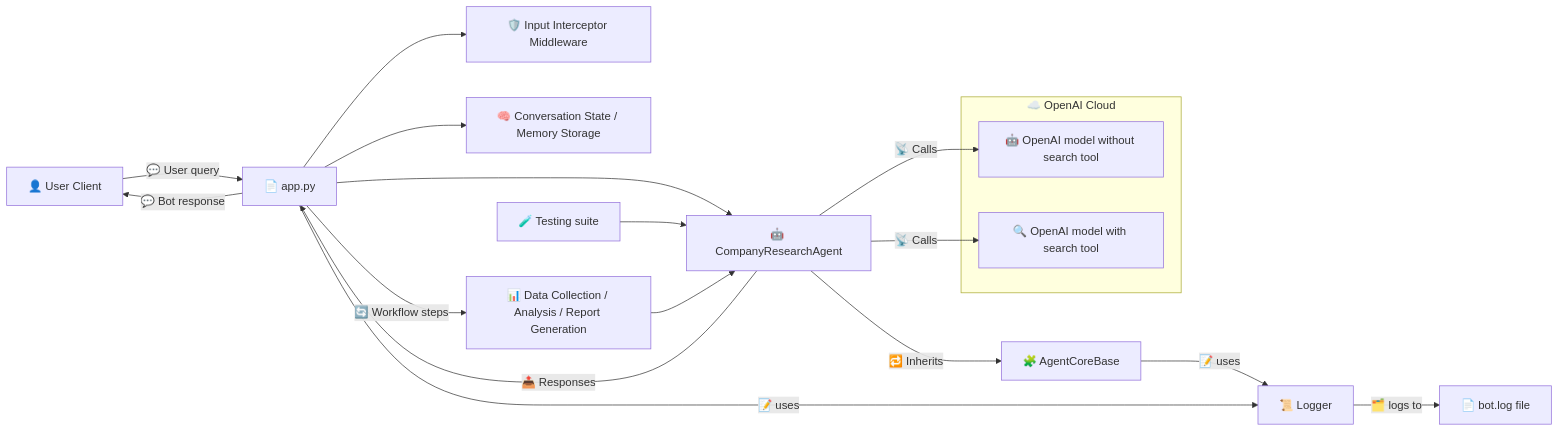
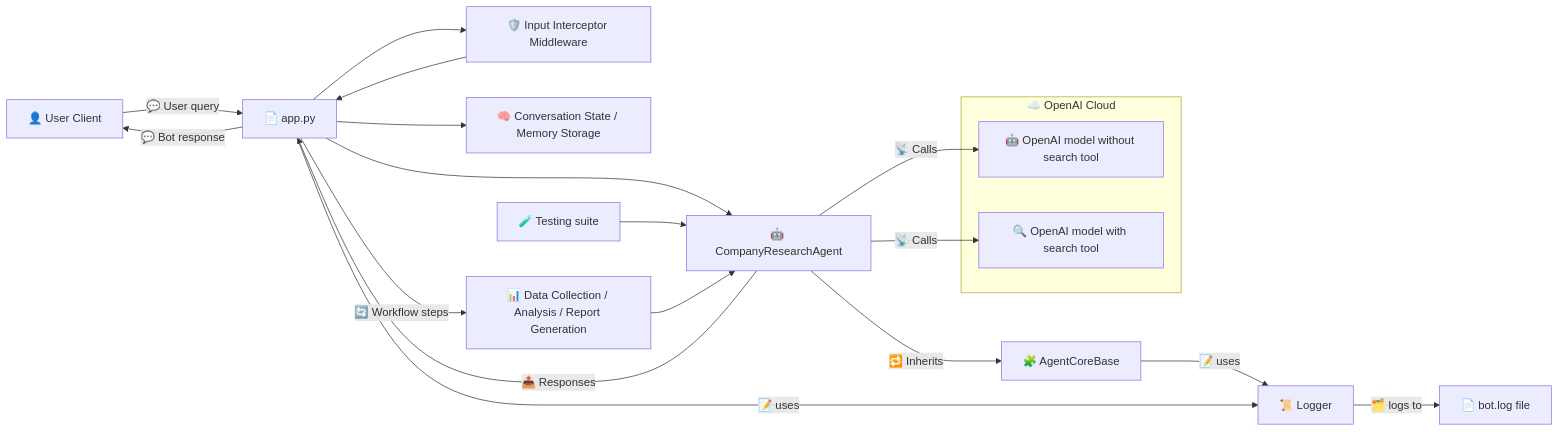
Before and after one commit to mike-1-1-1/Company-Research-bot-: the diagram in architecture-diagram.md, drawn with Mermaid.

Commit message:
improve diagram

````diff
--- a/architecture-diagram.md
+++ b/architecture-diagram.md
@@ -3,25 +3,26 @@
 ```mermaid
 flowchart LR
     U["👤 User Client"] -->|💬 User query| A["📄 app.py"]
     A --> M["🛡️ Input Interceptor Middleware"]
+    M --> A
     A --> S["🧠 Conversation State / Memory Storage"]
     A --> B["🤖 CompanyResearchAgent"]
     B --> |🔁 Inherits| Y["🧩 AgentCoreBase"]
     Y --> |📝 uses| L["📜 Logger"]
     A --> |📝 uses| L
 
     subgraph OpenAICloud["☁️ OpenAI Cloud"]
         O["🤖 OpenAI model without search tool"]
         W["🔍 OpenAI model with search tool"]
     end
 
     B -->|📡 Calls| O
     B -->|📡 Calls| W
     L --> |🗂️ logs to| X["📄 bot.log file"]
     T["🧪 Testing suite"] --> B
 
     A -->|🔄 Workflow steps| R["📊 Data Collection / Analysis / Report Generation"]
     R --> B
     B -->|📤 Responses| A
     A -->|💬 Bot response| U
 ```
````
